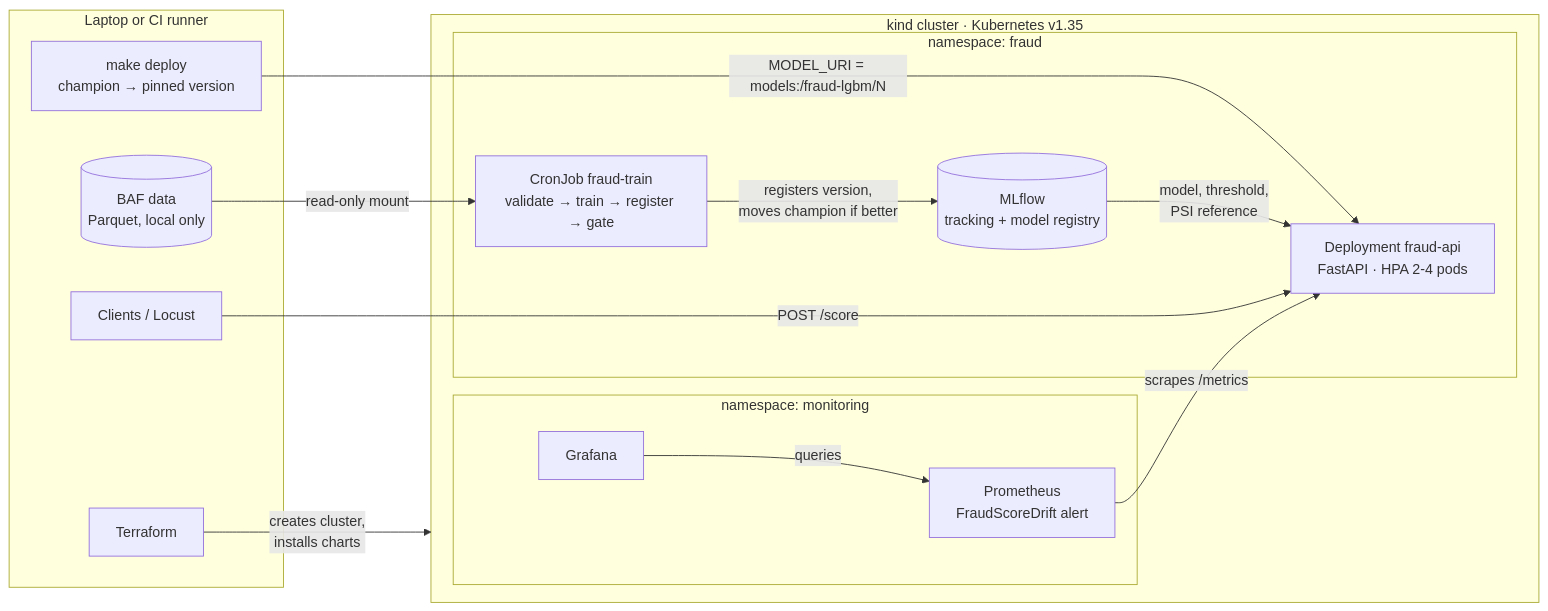
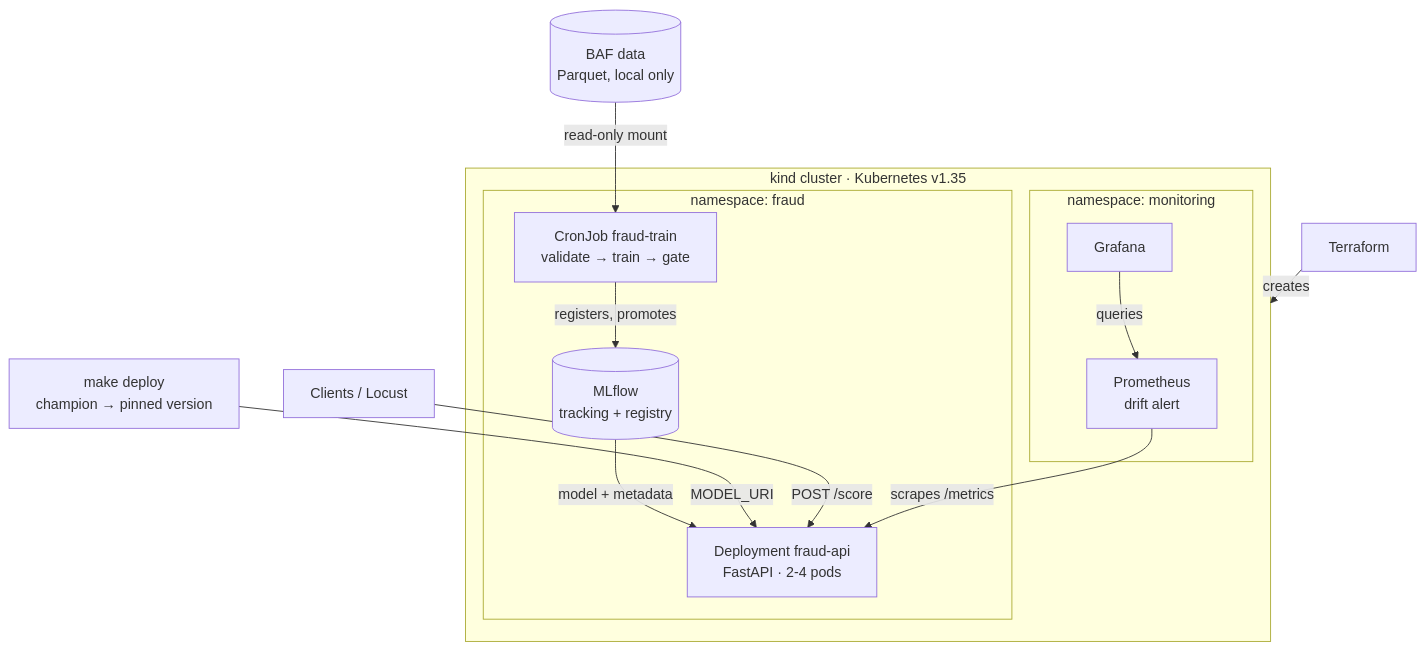
Before and after one commit to eduardooliveiraps/fraud-mlops: the diagram in README.md, drawn with Mermaid. The commit also changed 1 other file, not shown here.

Commit message:
fix: tools download in CI; clearer architecture diagram
- Makefile: move the comment off the KIND_VERSION line. Make keeps the spaces before an
  inline `#` in the value, which broke the kind download URL on a clean CI runner
  (it worked locally only because kind was already installed)
- README: top-to-bottom architecture diagram; arrows end on the right components

````diff
--- a/README.md
+++ b/README.md
@@ -63,30 +63,29 @@
 ```mermaid
-flowchart LR
-    subgraph host["Laptop or CI runner"]
-        data[("BAF data<br/>Parquet, local only")]
-        tf["Terraform"]
-        deploy["make deploy<br/>champion → pinned version"]
-        users["Clients / Locust"]
-    end
+flowchart TB
+    tf["Terraform"]
+    data[("BAF data<br/>Parquet, local only")]
 
     subgraph cluster["kind cluster · Kubernetes v1.35"]
         subgraph fraudns["namespace: fraud"]
-            train["CronJob fraud-train<br/>validate → train → register → gate"]
-            mlflow[("MLflow<br/>tracking + model registry")]
-            api["Deployment fraud-api<br/>FastAPI · HPA 2-4 pods"]
+            train["CronJob fraud-train<br/>validate → train → gate"]
+            mlflow[("MLflow<br/>tracking + registry")]
+            api["Deployment fraud-api<br/>FastAPI · 2-4 pods"]
         end
         subgraph monns["namespace: monitoring"]
-            prom["Prometheus<br/>FraudScoreDrift alert"]
+            prom["Prometheus<br/>drift alert"]
             graf["Grafana"]
         end
     end
 
-    tf -- "creates cluster,<br/>installs charts" --> cluster
+    deploy["make deploy<br/>champion → pinned version"]
+    users["Clients / Locust"]
+
+    tf -- "creates" --> cluster
     data -- "read-only mount" --> train
-    train -- "registers version,<br/>moves champion if better" --> mlflow
-    deploy -- "MODEL_URI = models:/fraud-lgbm/N" --> api
-    mlflow -- "model, threshold,<br/>PSI reference" --> api
+    train -- "registers, promotes" --> mlflow
+    mlflow -- "model + metadata" --> api
+    deploy -- "MODEL_URI" --> api
     users -- "POST /score" --> api
     prom -- "scrapes /metrics" --> api
     graf -- "queries" --> prom
 ```
````
